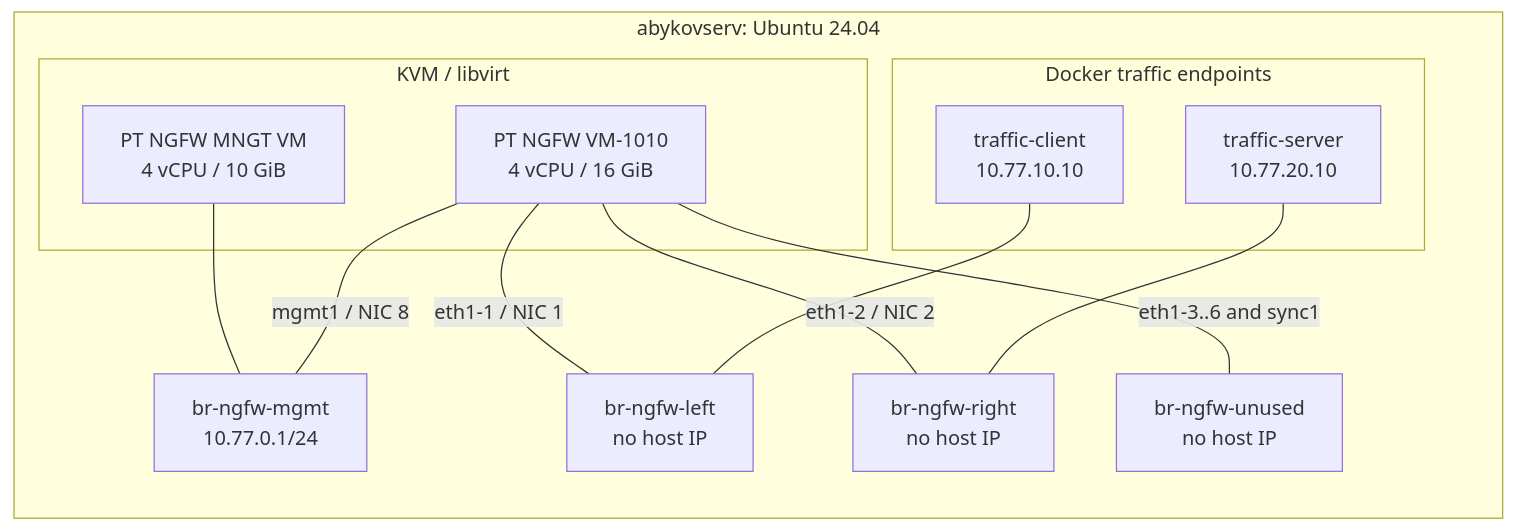
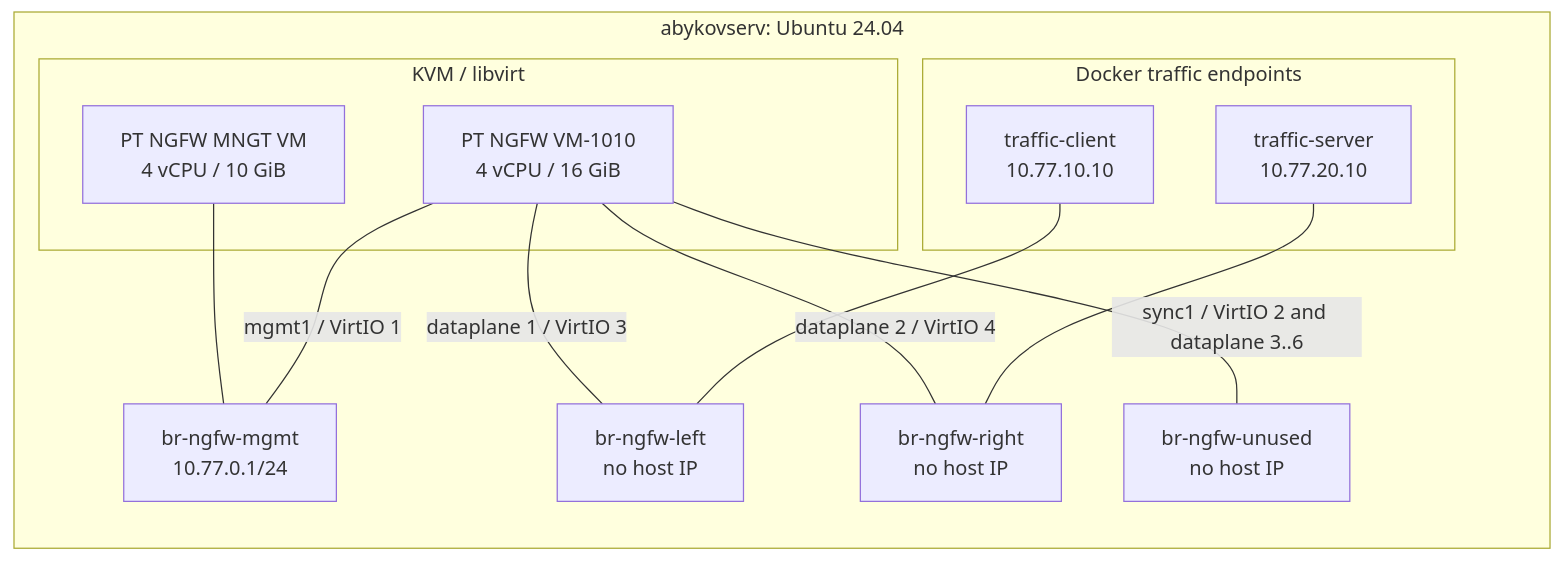
The diagram in docs/ngfw-auditd-pilot.md (abykovwww-byte/ubuntu_ansible_palybooks), drawn with Mermaid before and after one commit. The commit also changed other lines of this file and 2 other files, not shown here.

Commit message:
fix(ngfw): align virtual NIC order with appliance

````diff
--- a/docs/ngfw-auditd-pilot.md
+++ b/docs/ngfw-auditd-pilot.md
@@ -24,25 +24,25 @@
 ```mermaid
 flowchart LR
     subgraph H[abykovserv: Ubuntu 24.04]
       subgraph K[KVM / libvirt]
         M[PT NGFW MNGT VM\n4 vCPU / 10 GiB]
         F[PT NGFW VM-1010\n4 vCPU / 16 GiB]
       end
       subgraph D[Docker traffic endpoints]
         C[traffic-client\n10.77.10.10]
         S[traffic-server\n10.77.20.10]
       end
       MG[br-ngfw-mgmt\n10.77.0.1/24]
       L[br-ngfw-left\nno host IP]
       R[br-ngfw-right\nno host IP]
       U[br-ngfw-unused\nno host IP]
     end
 
     M --- MG
-    F -- mgmt1 / NIC 8 --- MG
-    F -- eth1-1 / NIC 1 --- L
-    F -- eth1-2 / NIC 2 --- R
-    F -- eth1-3..6 and sync1 --- U
+    F -- mgmt1 / VirtIO 1 --- MG
+    F -- dataplane 1 / VirtIO 3 --- L
+    F -- dataplane 2 / VirtIO 4 --- R
+    F -- sync1 / VirtIO 2 and dataplane 3..6 --- U
     C --- L
     S --- R
 ```
````
